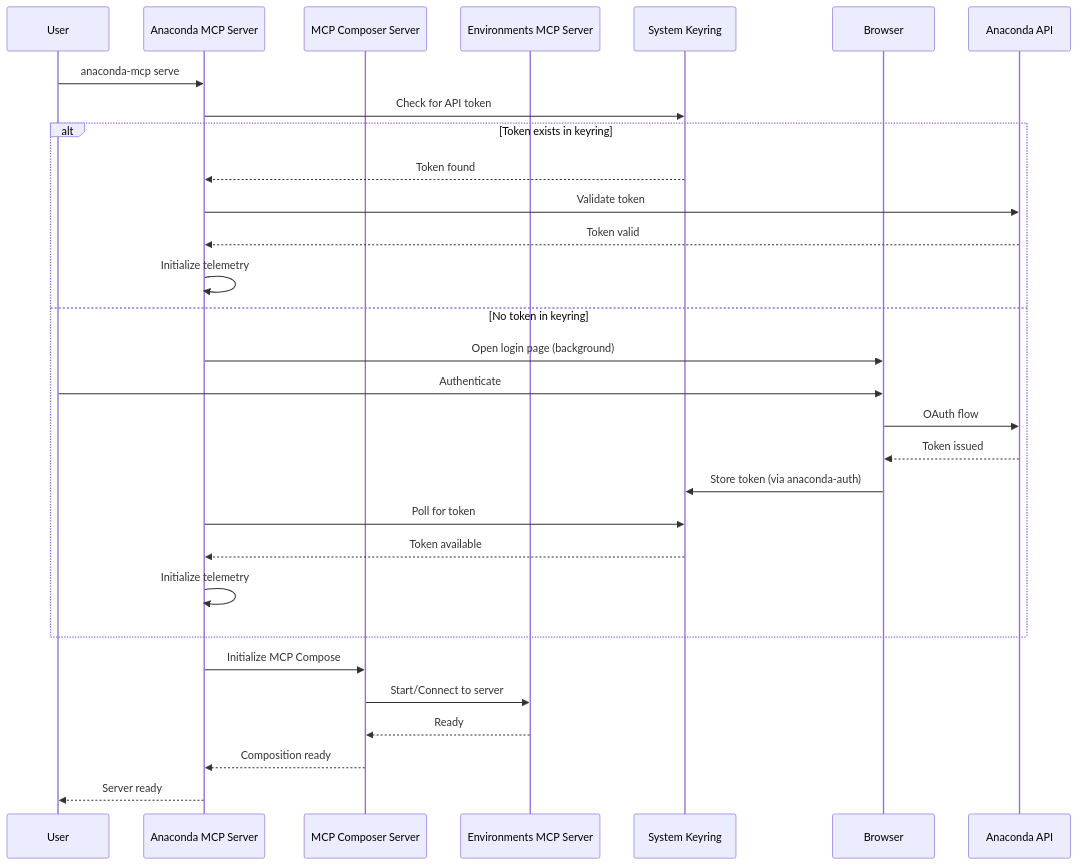
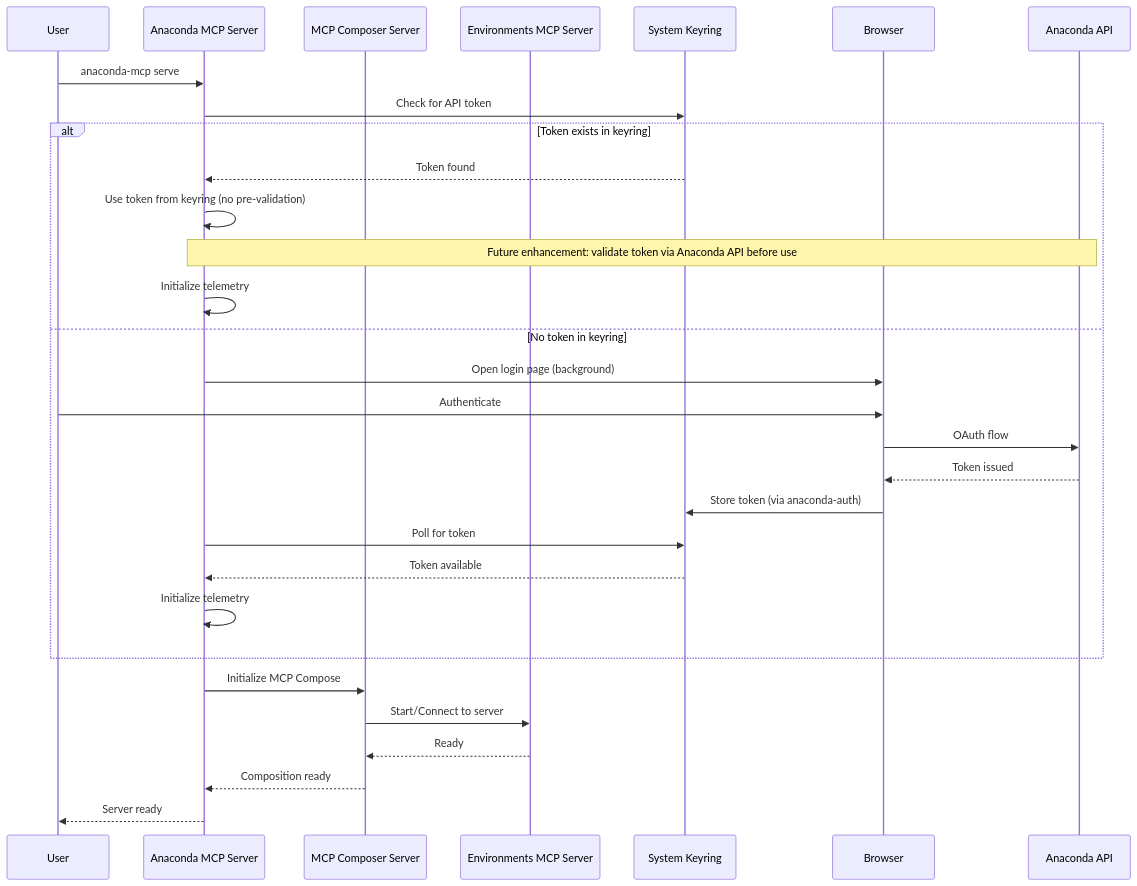
Before and after one commit to anaconda/anaconda-mcp: the fourth of 6 diagrams in docs/ARCHITECTURE.md, drawn with Mermaid. The commit also changed other lines of this file, not shown here.

````diff
--- a/docs/ARCHITECTURE.md
+++ b/docs/ARCHITECTURE.md
@@ -172,35 +172,35 @@
 ```mermaid
 sequenceDiagram
     participant User
     participant Anaconda as Anaconda MCP Server
     participant Composer as MCP Composer Server
     participant ENV as Environments MCP Server
     participant Keyring as System Keyring
     participant Browser
     participant API as Anaconda API
 
     User->>Anaconda: anaconda-mcp serve
     Anaconda->>Keyring: Check for API token
     
     alt Token exists in keyring
         Keyring-->>Anaconda: Token found
-        Anaconda->>API: Validate token
-        API-->>Anaconda: Token valid
+        Anaconda->>Anaconda: Use token from keyring (no pre-validation)
+        Note over Anaconda,API: Future enhancement: validate token via Anaconda API before use
         Anaconda->>Anaconda: Initialize telemetry
     else No token in keyring
         Anaconda->>Browser: Open login page (background)
         User->>Browser: Authenticate
         Browser->>API: OAuth flow
         API-->>Browser: Token issued
         Browser->>Keyring: Store token (via anaconda-auth)
         Anaconda->>Keyring: Poll for token
         Keyring-->>Anaconda: Token available
         Anaconda->>Anaconda: Initialize telemetry
     end
     
     Anaconda->>Composer: Initialize MCP Compose
     Composer->>ENV: Start/Connect to server
     ENV-->>Composer: Ready
     Composer-->>Anaconda: Composition ready
     Anaconda-->>User: Server ready
 ```
````
